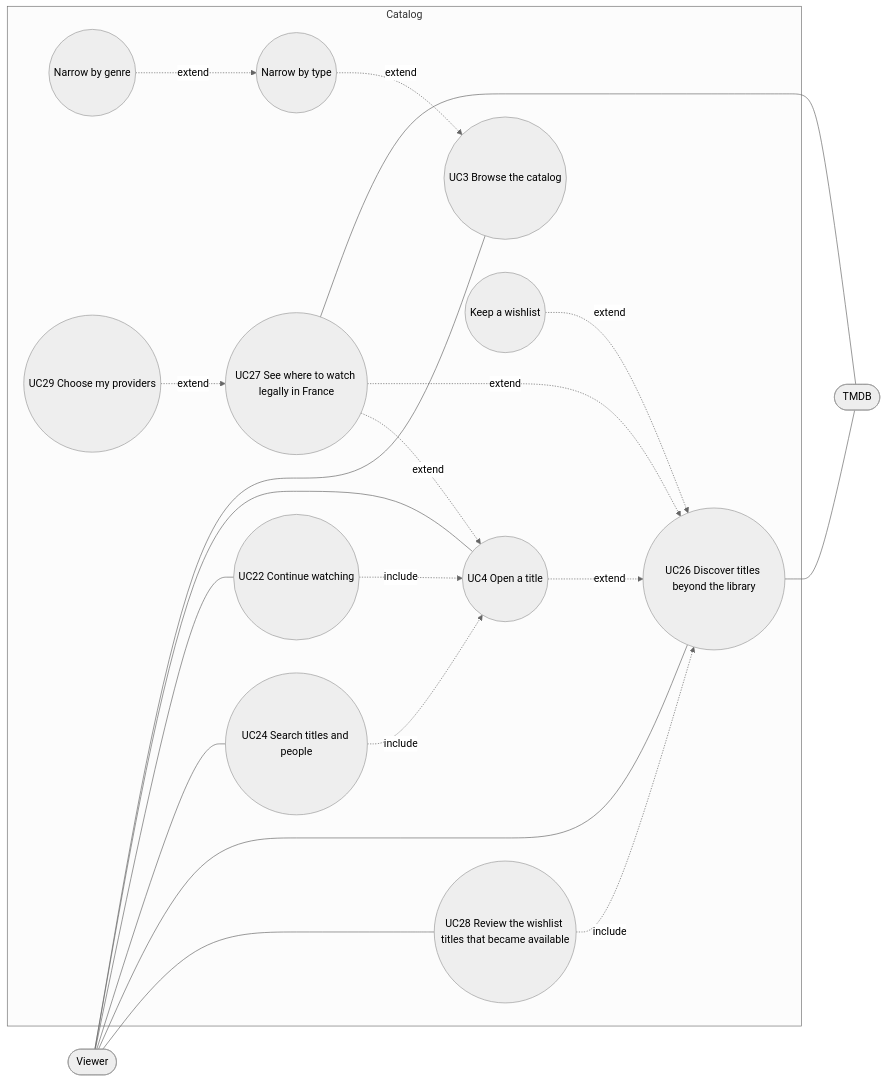
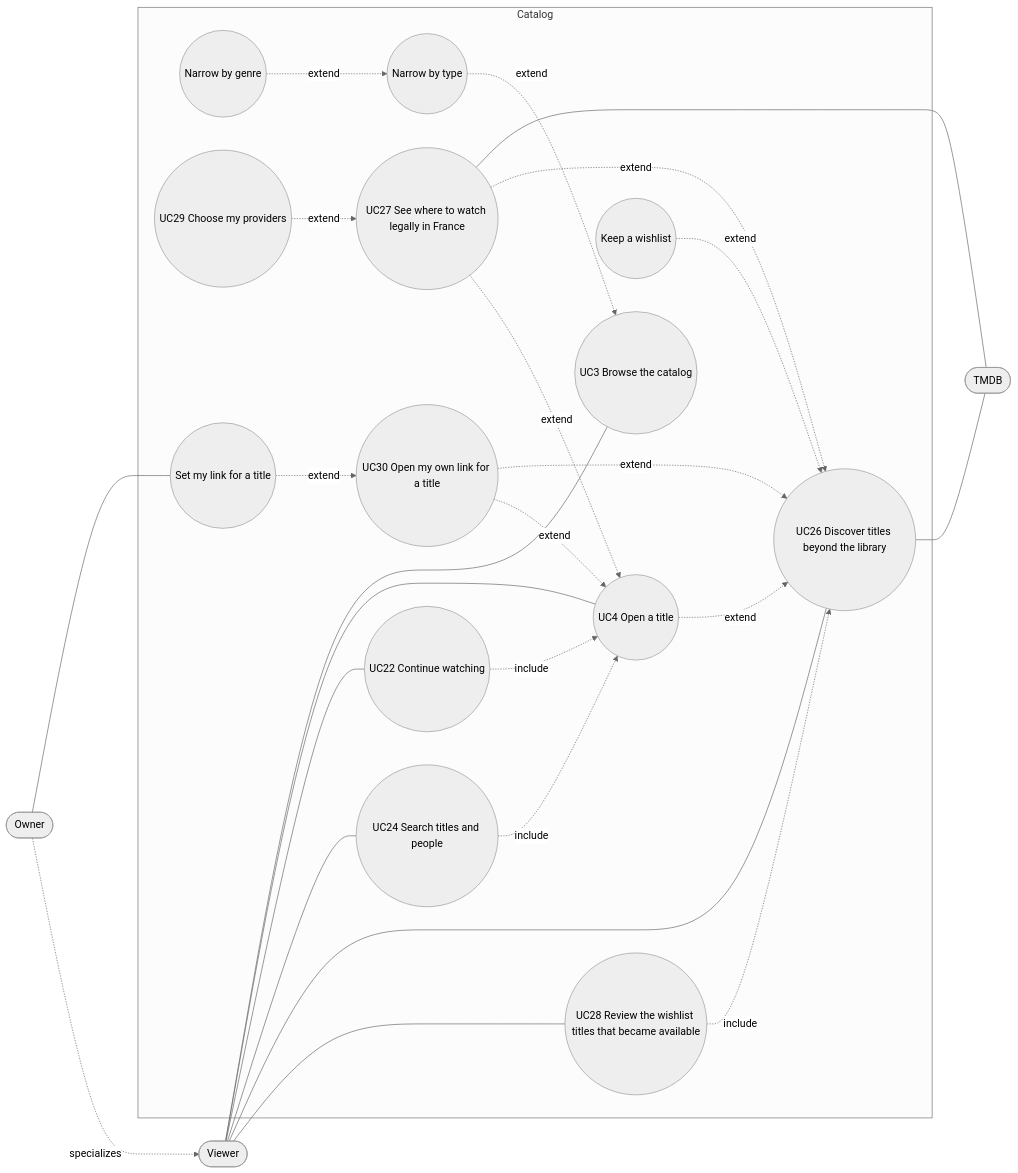
The diagram in docs/architecture/diagrams/catalog/01-use-case.md (benoit-bremaud/popcorntv), drawn with Mermaid (neutral theme) before and after one commit. The commit also changed other lines of this file and 31 other files, not shown here.

````diff
--- a/docs/architecture/diagrams/catalog/01-use-case.md
+++ b/docs/architecture/diagrams/catalog/01-use-case.md
@@ -8,36 +8,44 @@
 ```mermaid
 flowchart LR
   viewer([Viewer])
+  owner([Owner])
   subgraph Catalog
     uc3((UC3 Browse the catalog))
     uc3a((Narrow by type))
     uc3b((Narrow by genre))
     uc4((UC4 Open a title))
     uc22((UC22 Continue watching))
     uc24((UC24 Search titles and people))
     uc26((UC26 Discover titles beyond the library))
     uc26a((Keep a wishlist))
     uc27((UC27 See where to watch legally in France))
     uc28((UC28 Review the wishlist titles that became available))
     uc29((UC29 Choose my providers))
+    uc30((UC30 Open my own link for a title))
+    uc30a((Set my link for a title))
   end
   tmdb([TMDB])
   viewer --- uc3
   viewer --- uc4
   viewer --- uc22
   viewer --- uc24
   viewer --- uc26
   uc26 --- tmdb
   uc27 --- tmdb
   viewer --- uc28
   uc29 -. extend .-> uc27
   uc28 -. include .-> uc26
   uc27 -. extend .-> uc26
   uc27 -. extend .-> uc4
   uc26a -. extend .-> uc26
   uc4 -. extend .-> uc26
   uc24 -. include .-> uc4
   uc22 -. include .-> uc4
   uc3a -. extend .-> uc3
+  uc30 -. extend .-> uc26
+  uc30 -. extend .-> uc4
+  owner --- uc30a
+  owner -. "specializes" .-> viewer
+  uc30a -. extend .-> uc30
   uc3b -. extend .-> uc3a
 ```
````
